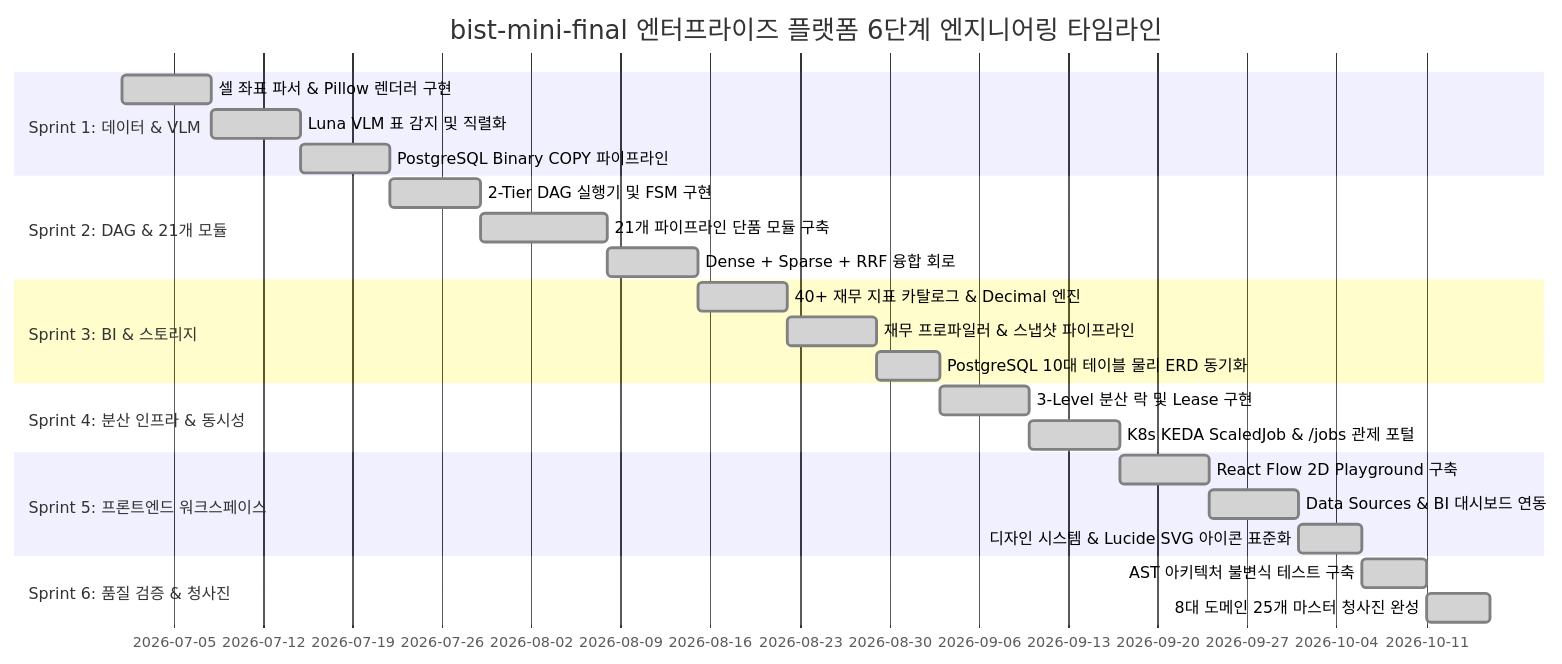
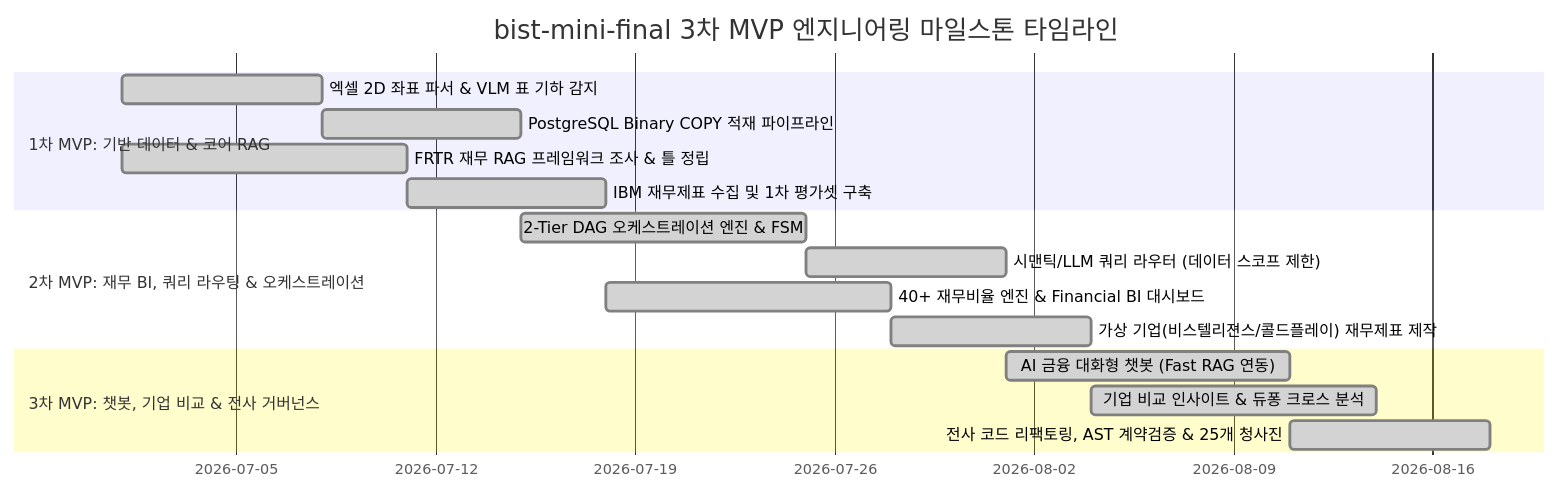
Before and after one commit to bist-mini-final/bist-mini-final: the diagram in docs/00_master_plan_and_standards/BP-004_project_timeline_and_role_distribution.md, drawn with Mermaid. The commit also changed other lines of this file, not shown here.

Commit message:
docs: update BP-004 with 3-Phase MVP milestones and 4-member core engineering R&R matrix

````diff
--- a/docs/00_master_plan_and_standards/BP-004_project_timeline_and_role_distribution.md
+++ b/docs/00_master_plan_and_standards/BP-004_project_timeline_and_role_distribution.md
@@ -11,27 +11,19 @@
 ```mermaid
 gantt
-    title bist-mini-final 엔터프라이즈 플랫폼 6단계 엔지니어링 타임라인
+    title bist-mini-final 3차 MVP 엔지니어링 마일스톤 타임라인
     dateFormat  YYYY-MM-DD
-    section Sprint 1: 데이터 & VLM
-    셀 좌표 파서 & Pillow 렌더러 구현       :done, s1_1, 2026-07-01, 7d
-    Luna VLM 표 감지 및 직렬화          :done, s1_2, after s1_1, 7d
-    PostgreSQL Binary COPY 파이프라인    :done, s1_3, after s1_2, 7d
-    section Sprint 2: DAG & 21개 모듈
-    2-Tier DAG 실행기 및 FSM 구현         :done, s2_1, after s1_3, 7d
-    21개 파이프라인 단품 모듈 구축        :done, s2_2, after s2_1, 10d
-    Dense + Sparse + RRF 융합 회로      :done, s2_3, after s2_2, 7d
-    section Sprint 3: BI & 스토리지
-    40+ 재무 지표 카탈로그 & Decimal 엔진 :done, s3_1, after s2_3, 7d
-    재무 프로파일러 & 스냅샷 파이프라인   :done, s3_2, after s3_1, 7d
-    PostgreSQL 10대 테이블 물리 ERD 동기화:done, s3_3, after s3_2, 5d
-    section Sprint 4: 분산 인프라 & 동시성
-    3-Level 분산 락 및 Lease 구현        :done, s4_1, after s3_3, 7d
-    K8s KEDA ScaledJob & /jobs 관제 포털  :done, s4_2, after s4_1, 7d
-    section Sprint 5: 프론트엔드 워크스페이스
-    React Flow 2D Playground 구축        :done, s5_1, after s4_2, 7d
-    Data Sources & BI 대시보드 연동      :done, s5_2, after s5_1, 7d
-    디자인 시스템 & Lucide SVG 아이콘 표준화 :done, s5_3, after s5_2, 5d
-    section Sprint 6: 품질 검증 & 청사진
-    AST 아키텍처 불변식 테스트 구축       :done, s6_1, after s5_3, 5d
-    8대 도메인 25개 마스터 청사진 완성    :done, s6_2, after s6_1, 5d
+    section 1차 MVP: 기반 데이터 & 코어 RAG
+    엑셀 2D 좌표 파서 & VLM 표 기하 감지   :done, mvp1_1, 2026-07-01, 7d
+    PostgreSQL Binary COPY 적재 파이프라인 :done, mvp1_2, after mvp1_1, 7d
+    FRTR 재무 RAG 프레임워크 조사 & 틀 정립  :done, mvp1_3, 2026-07-01, 10d
+    IBM 재무제표 수집 및 1차 평가셋 구축   :done, mvp1_4, after mvp1_3, 7d
+    section 2차 MVP: 재무 BI, 쿼리 라우팅 & 오케스트레이션
+    2-Tier DAG 오케스트레이션 엔진 & FSM   :done, mvp2_1, after mvp1_2, 10d
+    시맨틱/LLM 쿼리 라우터 (데이터 스코프 제한):done, mvp2_2, after mvp2_1, 7d
+    40+ 재무비율 엔진 & Financial BI 대시보드 :done, mvp2_3, after mvp1_4, 10d
+    가상 기업(비스텔리젼스/콜드플레이) 재무제표 제작:done, mvp2_4, after mvp2_3, 7d
+    section 3차 MVP: 챗봇, 기업 비교 & 전사 거버넌스
+    AI 금융 대화형 챗봇 (Fast RAG 연동)    :done, mvp3_1, after mvp2_2, 10d
+    기업 비교 인사이트 & 듀퐁 크로스 분석   :done, mvp3_2, after mvp2_4, 10d
+    전사 코드 리팩토링, AST 계약검증 & 25개 청사진:done, mvp3_3, after mvp3_1, 7d
 ```
````
